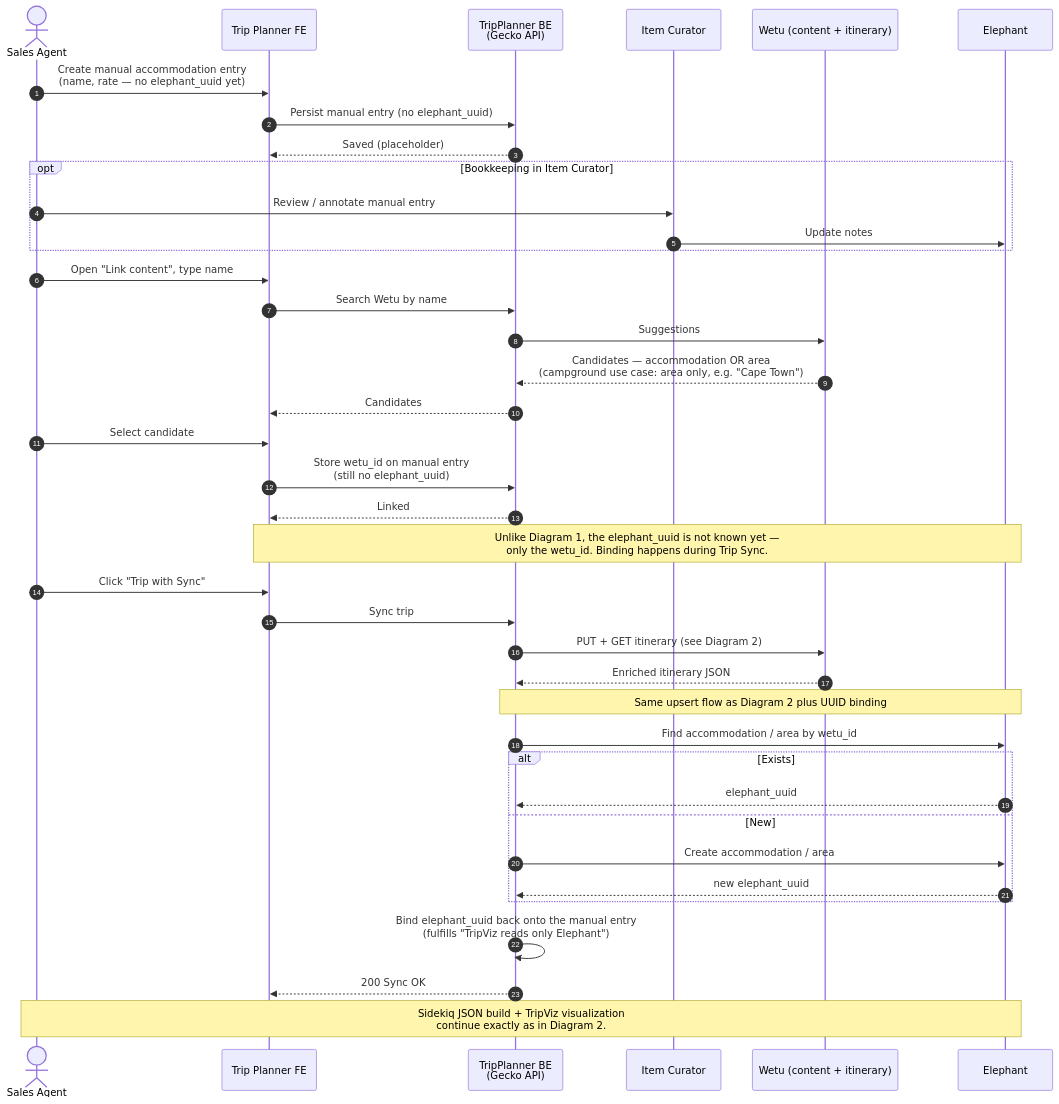
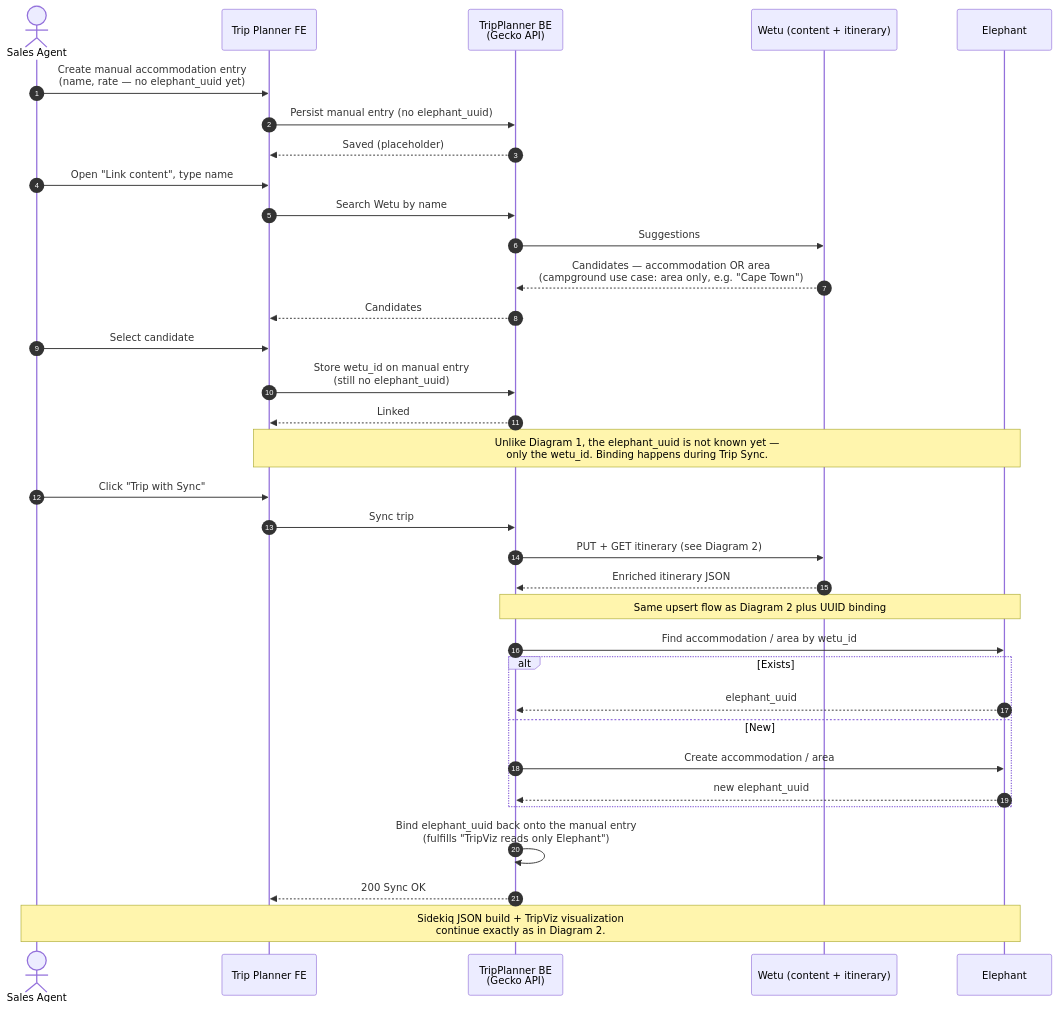
The third of 4 diagrams in OUTPUTS/2026-04-24_TripPlannerWetu-sequence-diagrams/TripPlannerWetu_Documentation.md (kliuchnikau-tourlane/ClaudeCowork), drawn with Mermaid before and after one commit. The commit also changed other lines of this file, not shown here.

First line of the commit message:
Drop Item Curator from TP<>Wetu diagrams

````diff
--- a/OUTPUTS/2026-04-24_TripPlannerWetu-sequence-diagrams/TripPlannerWetu_Documentation.md
+++ b/OUTPUTS/2026-04-24_TripPlannerWetu-sequence-diagrams/TripPlannerWetu_Documentation.md
@@ -143,49 +142,43 @@
 ```mermaid
 sequenceDiagram
     autonumber
     actor Agent as Sales Agent
     participant TP as Trip Planner FE
     participant BE as TripPlanner BE<br/>(Gecko API)
-    participant IC as Item Curator
     participant Wetu as Wetu (content + itinerary)
     participant Eleph as Elephant
 
     Agent->>TP: Create manual accommodation entry<br/>(name, rate — no elephant_uuid yet)
     TP->>BE: Persist manual entry (no elephant_uuid)
     BE-->>TP: Saved (placeholder)
-
-    opt Bookkeeping in Item Curator
-        Agent->>IC: Review / annotate manual entry
-        IC->>Eleph: Update notes
-    end
 
     Agent->>TP: Open "Link content", type name
     TP->>BE: Search Wetu by name
     BE->>Wetu: Suggestions
     Wetu-->>BE: Candidates — accommodation OR area<br/>(campground use case: area only, e.g. "Cape Town")
     BE-->>TP: Candidates
 
     Agent->>TP: Select candidate
     TP->>BE: Store wetu_id on manual entry<br/>(still no elephant_uuid)
     BE-->>TP: Linked
 
     Note over TP,Eleph: Unlike Diagram 1, the elephant_uuid is not known yet —<br/>only the wetu_id. Binding happens during Trip Sync.
 
     Agent->>TP: Click "Trip with Sync"
     TP->>BE: Sync trip
     BE->>Wetu: PUT + GET itinerary (see Diagram 2)
     Wetu-->>BE: Enriched itinerary JSON
 
     Note over BE,Eleph: Same upsert flow as Diagram 2 plus UUID binding
     BE->>Eleph: Find accommodation / area by wetu_id
     alt Exists
         Eleph-->>BE: elephant_uuid
     else New
         BE->>Eleph: Create accommodation / area
         Eleph-->>BE: new elephant_uuid
     end
     BE->>BE: Bind elephant_uuid back onto the manual entry<br/>(fulfills "TripViz reads only Elephant")
     BE-->>TP: 200 Sync OK
 
     Note over Agent,Eleph: Sidekiq JSON build + TripViz visualization<br/>continue exactly as in Diagram 2.
 ```
````
